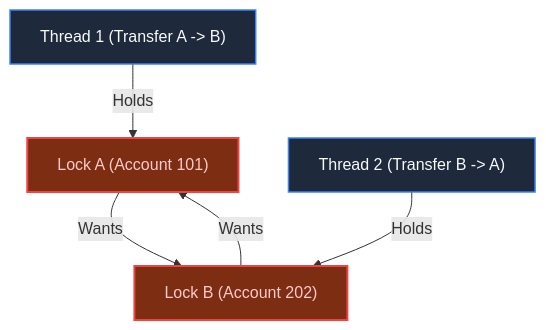
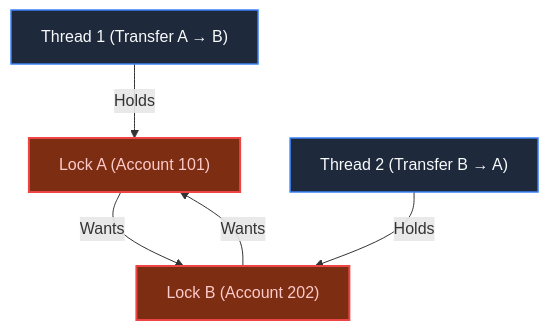
The fourth of 4 diagrams in book/part-02-concurrency-correctness/chapter-08-race-conditions-critical-sections.md (Priyeshnd555/systems-beyond-the-code), drawn with Mermaid before and after one commit. The commit also changed 33 other files, not shown here.

Commit message:
feat: add dynamic mermaid diagram sanitization and update chart syntax across book chapters

````diff
--- a/book/part-02-concurrency-correctness/chapter-08-race-conditions-critical-sections.md
+++ b/book/part-02-concurrency-correctness/chapter-08-race-conditions-critical-sections.md
@@ -106,12 +106,12 @@
 ```mermaid
 flowchart TD
-    T1["Thread 1 (Transfer A -> B)"] -->|Holds| LA["Lock A (Account 101)"]
+    T1["Thread 1 (Transfer A → B)"] -->|Holds| LA["Lock A (Account 101)"]
     LA -->|Wants| LB["Lock B (Account 202)"]
     
-    T2["Thread 2 (Transfer B -> A)"] -->|Holds| LB
+    T2["Thread 2 (Transfer B → A)"] -->|Holds| LB
     LB -->|Wants| LA
 
     classDef default fill:#1e293b,stroke:#3b82f6,stroke-width:1.5px,color:#f8fafc;
     classDef alert fill:#7c2d12,stroke:#ef4444,stroke-width:2px,color:#fecaca;
     class LA,LB alert;
 ```
````
